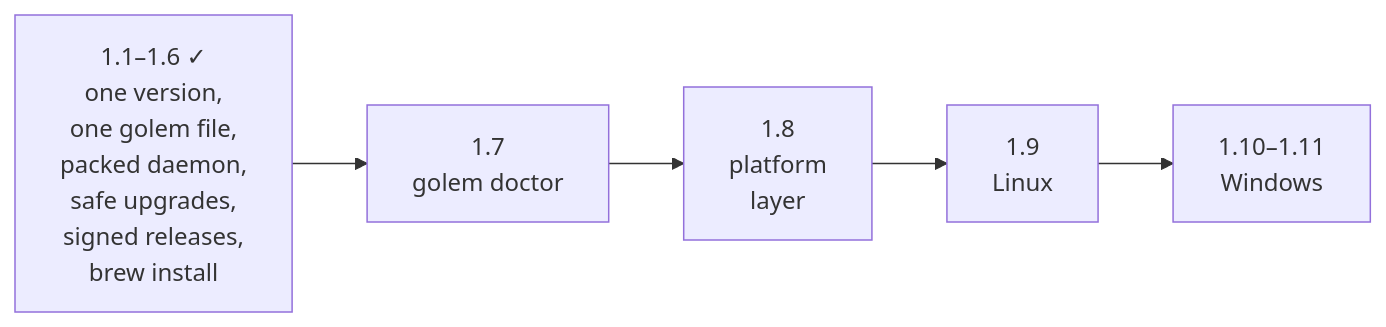
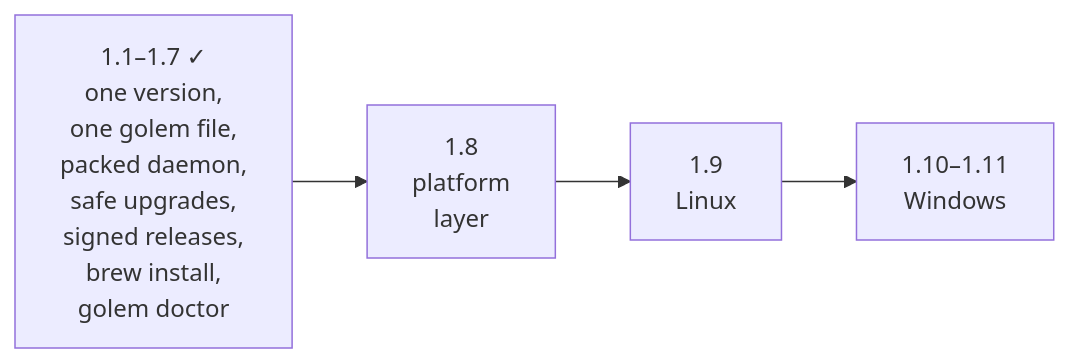
One commit to MilanPavel/golem changed diagram 13 of 13 in docs/sre.md. Above: the diagram before and after it, drawn with Mermaid. The commit also changed other lines of this file and 10 other files, not shown here.

Commit message:
CLI - golem doctor checks the install and says how to fix each problem

````diff
--- a/docs/sre.md
+++ b/docs/sre.md
@@ -705,4 +722,4 @@
 ```mermaid
 flowchart LR
-  done["1.1–1.6 ✓<br/>one version,<br/>one golem file,<br/>packed daemon,<br/>safe upgrades,<br/>signed releases,<br/>brew install"] --> s17["1.7<br/>golem doctor"] --> s18["1.8<br/>platform<br/>layer"] --> s19["1.9<br/>Linux"] --> s110["1.10–1.11<br/>Windows"]
+  done["1.1–1.7 ✓<br/>one version,<br/>one golem file,<br/>packed daemon,<br/>safe upgrades,<br/>signed releases,<br/>brew install,<br/>golem doctor"] --> s18["1.8<br/>platform<br/>layer"] --> s19["1.9<br/>Linux"] --> s110["1.10–1.11<br/>Windows"]
 ```
````
